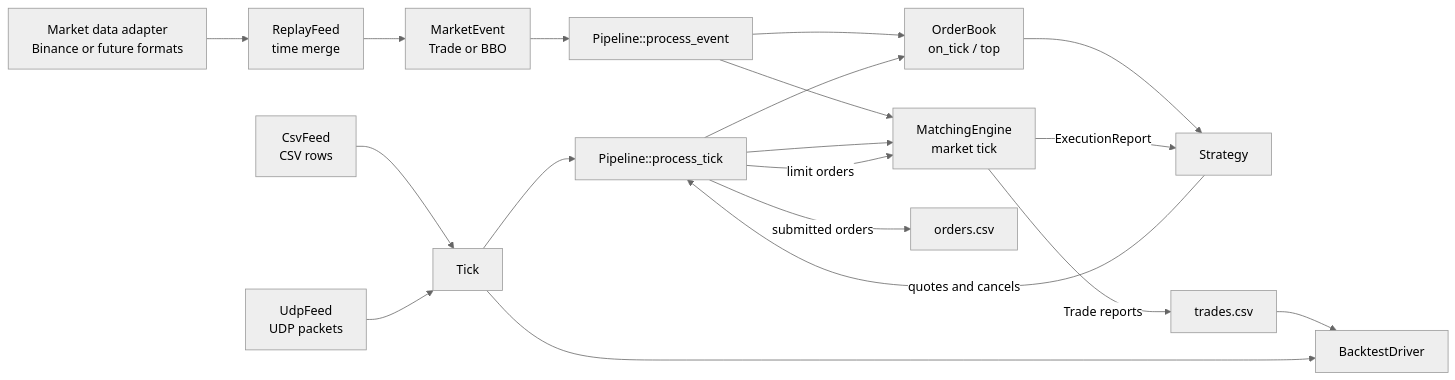
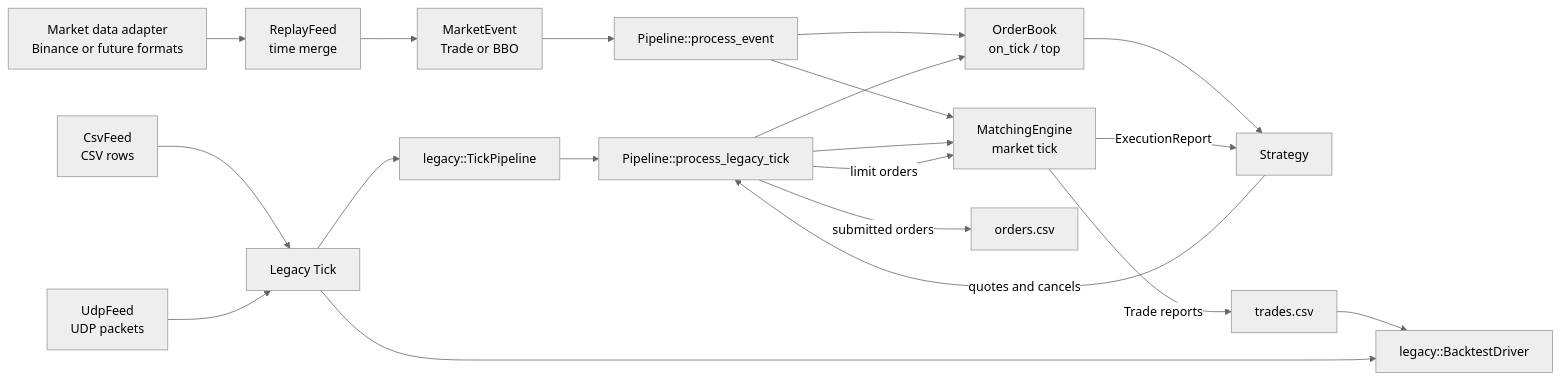
Before and after one commit to 12mango/ToyQuant-v1: the first of 4 diagrams in docs/ARCHITECTURE.md, drawn with Mermaid (neutral theme). The commit also changed other lines of this file and 22 other files, not shown here.

Commit message:
feat: v1 legacy pipeline

````diff
--- a/docs/ARCHITECTURE.md
+++ b/docs/ARCHITECTURE.md
@@ -7,21 +7,22 @@
 ```mermaid
 flowchart LR
-    CSV[CsvFeed\nCSV rows] --> T[Tick]
+    CSV[CsvFeed\nCSV rows] --> T[Legacy Tick]
     UDP[UdpFeed\nUDP packets] --> T
+    T --> LT[legacy::TickPipeline]
     BA[Market data adapter\nBinance or future formats] --> RF[ReplayFeed\ntime merge]
     RF --> MEV[MarketEvent\nTrade or BBO]
-    T --> P[Pipeline::process_tick]
+    LT --> P[Pipeline::process_legacy_tick]
     MEV --> PE[Pipeline::process_event]
     PE --> OB
     PE --> ME
     P --> OB[OrderBook\non_tick / top]
     P --> ME[MatchingEngine\nmarket tick]
     OB --> S[Strategy]
     S -->|quotes and cancels| P
     P -->|limit orders| ME
     ME -->|ExecutionReport| S
     ME -->|Trade reports| TR[trades.csv]
     P -->|submitted orders| OR[orders.csv]
-    TR --> BT[BacktestDriver]
+    TR --> BT[legacy::BacktestDriver]
     T --> BT
 ```
````
